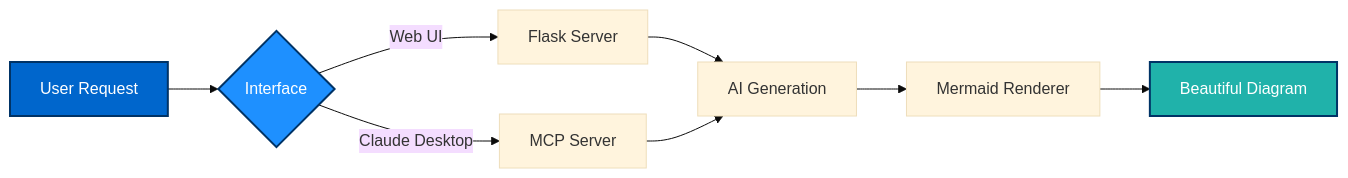
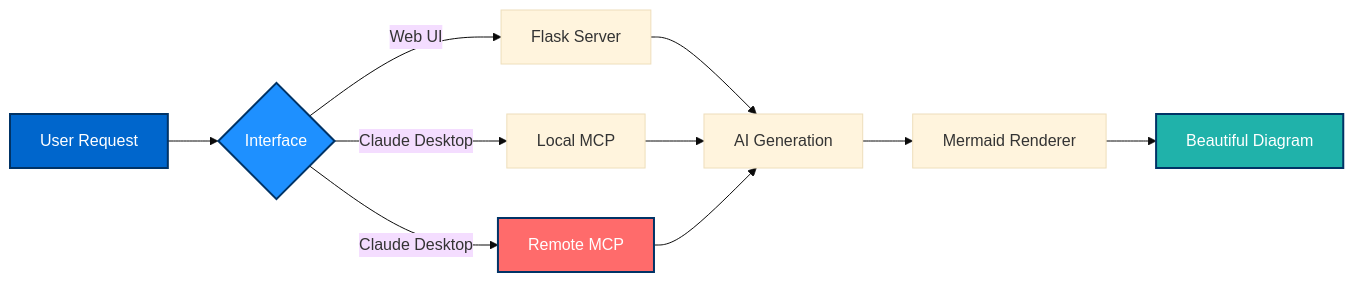
One commit to aj-geddes/sailor changed the first of 3 diagrams in docs/index.md. Above: the diagram before and after it, drawn with Mermaid (base theme). The commit also changed other lines of this file and 2 other files, not shown here.

Commit message:
Add Remote MCP Server documentation
- Add Option C: Remote MCP Server section to README.md
- Update docs/index.md with remote MCP features and diagram
- Add comprehensive Remote MCP Server section to setup-guide.md
- Include configuration examples, benefits, and comparison tables

🤖 Generated with [Claude Code](https://claude.com/claude-code)

````diff
--- a/docs/index.md
+++ b/docs/index.md
@@ -21,14 +22,17 @@
 ```mermaid
 graph LR
     A[User Request] --> B{Interface}
     B -->|Web UI| C[Flask Server]
-    B -->|Claude Desktop| D[MCP Server]
+    B -->|Claude Desktop| D[Local MCP]
+    B -->|Claude Desktop| R[Remote MCP]
     C --> E[AI Generation]
     D --> E
+    R --> E
     E --> F[Mermaid Renderer]
     F --> G[Beautiful Diagram]
 
     style A fill:#0066cc,stroke:#003366,stroke-width:2px,color:#fff
     style B fill:#1e90ff,stroke:#003366,stroke-width:2px,color:#fff
+    style R fill:#ff6b6b,stroke:#003366,stroke-width:2px,color:#fff
     style G fill:#20b2aa,stroke:#003366,stroke-width:2px,color:#fff
 ```
````
